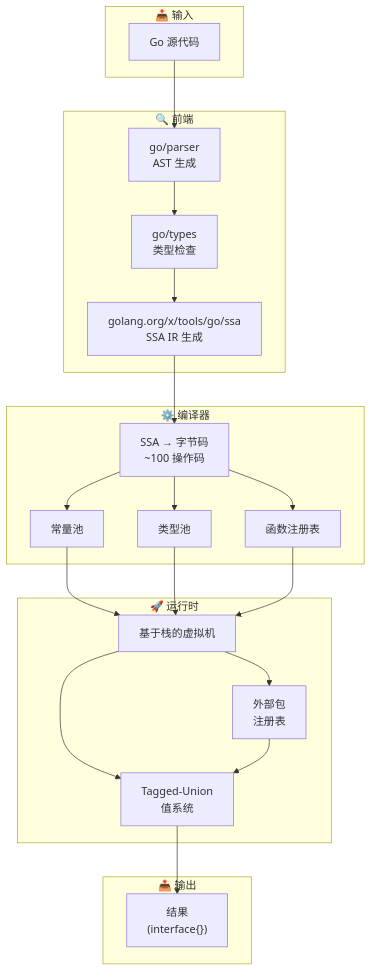
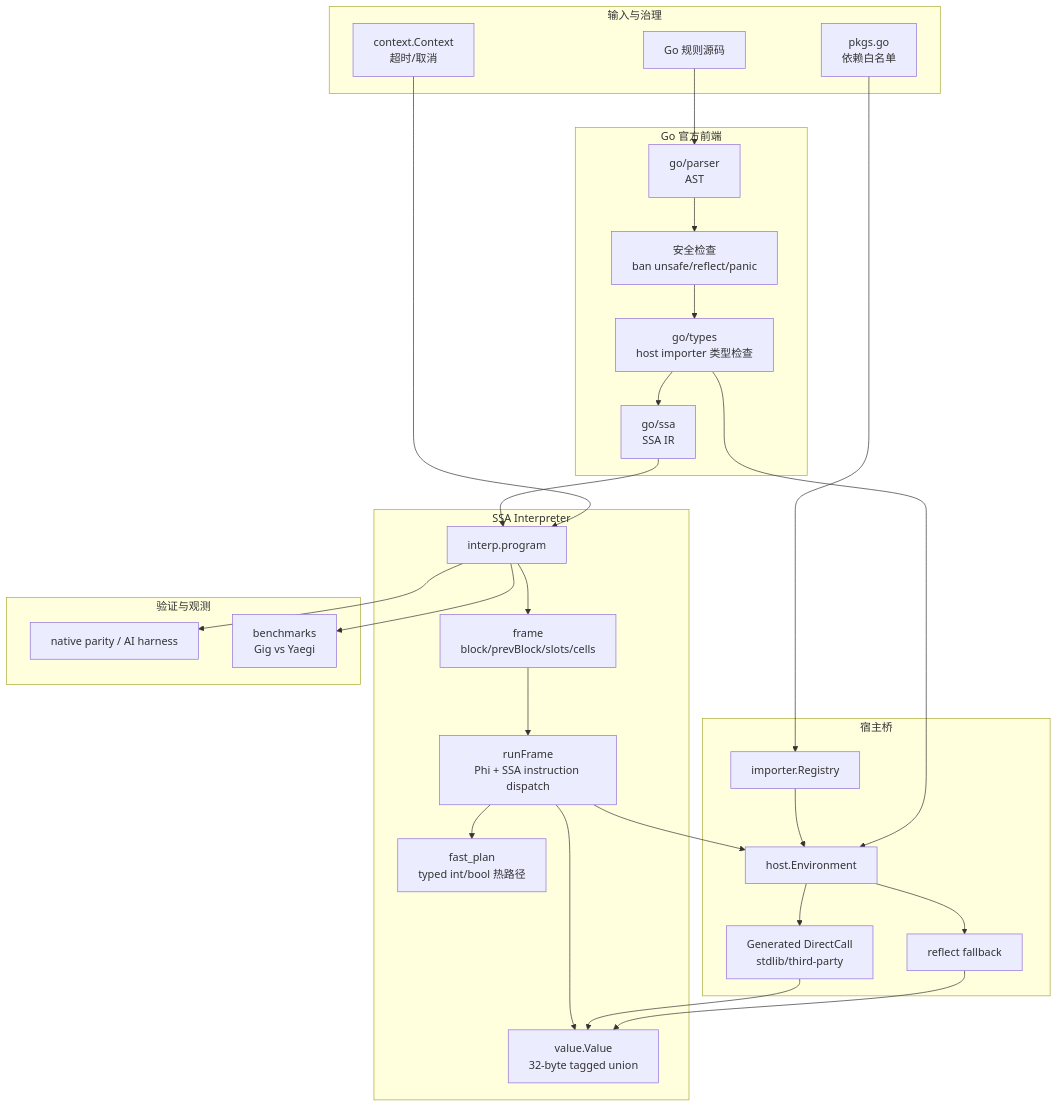
The first of 7 diagrams in README_CN.md (t04dJ14n9/gig), drawn with Mermaid before and after one commit. The commit also changed other lines of this file and 144 other files, not shown here.

Commit message:
feat: optimize SSA host calls and execution paths

````diff
--- a/README_CN.md
+++ b/README_CN.md
@@ -373,44 +388,54 @@
 ```mermaid
 flowchart TB
-    subgraph Input["📥 输入"]
-        SRC["Go 源代码"]
+    subgraph Input["输入与治理"]
+        SRC["Go 规则源码"]
+        CTX["context.Context<br/>超时/取消"]
+        PKGS["pkgs.go<br/>依赖白名单"]
     end
 
-    subgraph Frontend["🔍 前端"]
-        PARSER["go/parser<br/>AST 生成"]
-        TYPECHECK["go/types<br/>类型检查"]
-        SSA["golang.org/x/tools/go/ssa<br/>SSA IR 生成"]
+    subgraph Frontend["Go 官方前端"]
+        PARSER["go/parser<br/>AST"]
+        SAFETY["安全检查<br/>ban unsafe/reflect/panic"]
+        TYPECHECK["go/types<br/>host importer 类型检查"]
+        SSA["go/ssa<br/>SSA IR"]
     end
 
-    subgraph Compiler["⚙️ 编译器"]
-        COMP["SSA → 字节码<br/>~100 操作码"]
-        CONST["常量池"]
-        TYPES["类型池"]
-        FUNCS["函数注册表"]
+    subgraph Interpreter["SSA Interpreter"]
+        ENGINE["interp.program"]
+        FRAME["frame<br/>block/prevBlock/slots/cells"]
+        DISPATCH["runFrame<br/>Phi + SSA instruction dispatch"]
+        FAST["fast_plan<br/>typed int/bool 热路径"]
+        VALUE["value.Value<br/>32-byte tagged union"]
     end
 
-    subgraph Runtime["🚀 运行时"]
-        VM["基于栈的虚拟机"]
-        VALUE["Tagged-Union<br/>值系统"]
-        EXT["外部包<br/>注册表"]
+    subgraph Host["宿主桥"]
+        REG["importer.Registry"]
+        ENV["host.Environment"]
+        DIRECT["Generated DirectCall<br/>stdlib/third-party"]
+        REFLECT["reflect fallback"]
     end
 
-    subgraph Output["📤 输出"]
-        RESULT["结果<br/>(interface{})"]
+    subgraph Quality["验证与观测"]
+        TEST["native parity / AI harness"]
+        BENCH["benchmarks<br/>Gig vs Yaegi"]
     end
 
     SRC --> PARSER
-    PARSER --> TYPECHECK
+    PARSER --> SAFETY
+    SAFETY --> TYPECHECK
     TYPECHECK --> SSA
-    SSA --> COMP
-    COMP --> CONST
-    COMP --> TYPES
-    COMP --> FUNCS
-    CONST --> VM
-    TYPES --> VM
-    FUNCS --> VM
-    VM --> VALUE
-    VM --> EXT
-    EXT --> VALUE
-    VALUE --> RESULT
+    SSA --> ENGINE --> FRAME --> DISPATCH
+    DISPATCH --> FAST
+    DISPATCH --> VALUE
+    CTX --> ENGINE
+
+    PKGS --> REG
+    REG --> ENV
+    TYPECHECK --> ENV
+    DISPATCH --> ENV
+    ENV --> DIRECT --> VALUE
+    ENV --> REFLECT --> VALUE
+
+    ENGINE --> TEST
+    ENGINE --> BENCH
 ```
````
